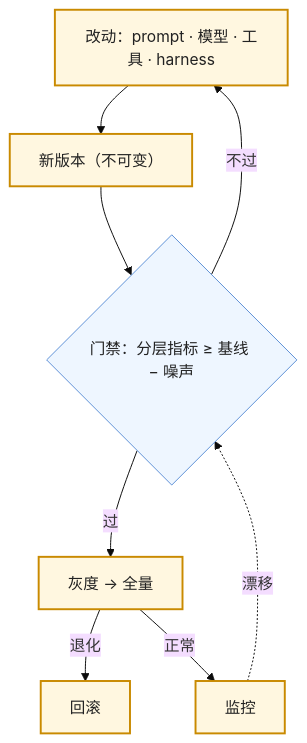
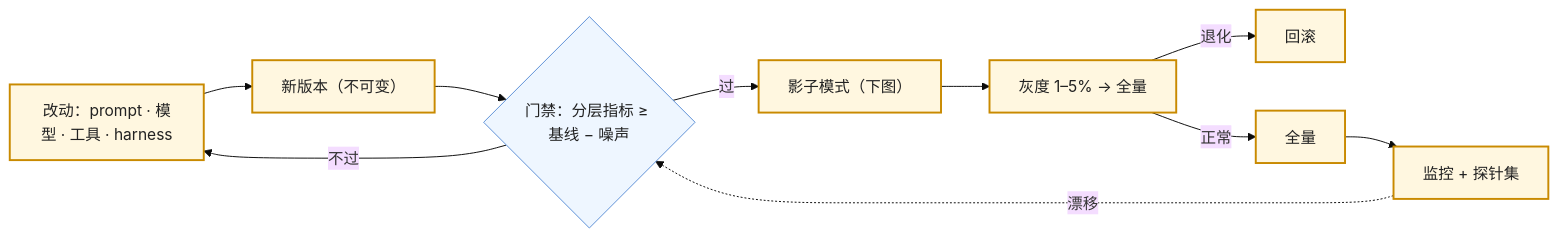
The fifth of 10 diagrams in slides/2026-11-06-evals-and-observability.md (arganzheng/arganzheng.github.com), drawn with Mermaid (base theme) before and after one commit. The commit also changed other lines of this file, not shown here.

Commit message:
slides/evals-and-observability: restore dropped mermaid nodes/branches (semantic audit) — split long flows to v sub-slides

````diff
--- a/slides/2026-11-06-evals-and-observability.md
+++ b/slides/2026-11-06-evals-and-observability.md
@@ -154,16 +154,18 @@
 ```mermaid
-%%{init: {"flowchart": {"wrappingWidth": 180}}}%%
-flowchart TB
+%%{init: {"flowchart": {"wrappingWidth": 140}}}%%
+flowchart LR
     CH["改动：prompt · 模型 · 工具 · harness"] --> V["新版本（不可变）"]
     V --> G{"门禁：分层指标 ≥ 基线 − 噪声"}
     G -->|"不过"| CH
-    G -->|"过"| C["灰度 → 全量"]
+    G -->|"过"| S["影子模式（下图）"]
+    S --> C["灰度 1–5% → 全量"]
     C -->|"退化"| RB["回滚"]
-    C -->|"正常"| P["监控"]
-    P -. "漂移" .-> G
+    C -->|"正常"| P["全量"]
+    P --> M["监控 + 探针集"]
+    M -. "漂移" .-> G
 
     classDef step fill:#fff7e0,stroke:#c98a00,stroke-width:2px,color:#222
     classDef gate fill:#eef6ff,stroke:#5b8fd6,color:#222
-    class CH,V,S,C,P,M,RB,AB step
+    class CH,V,S,C,P,M,RB step
     class G gate
 ```
````
